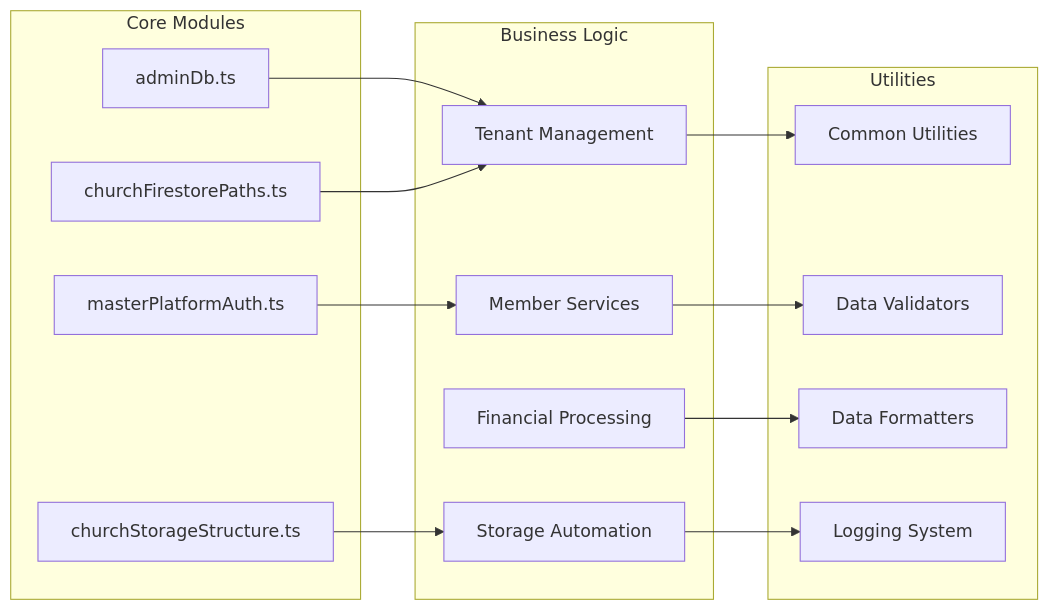
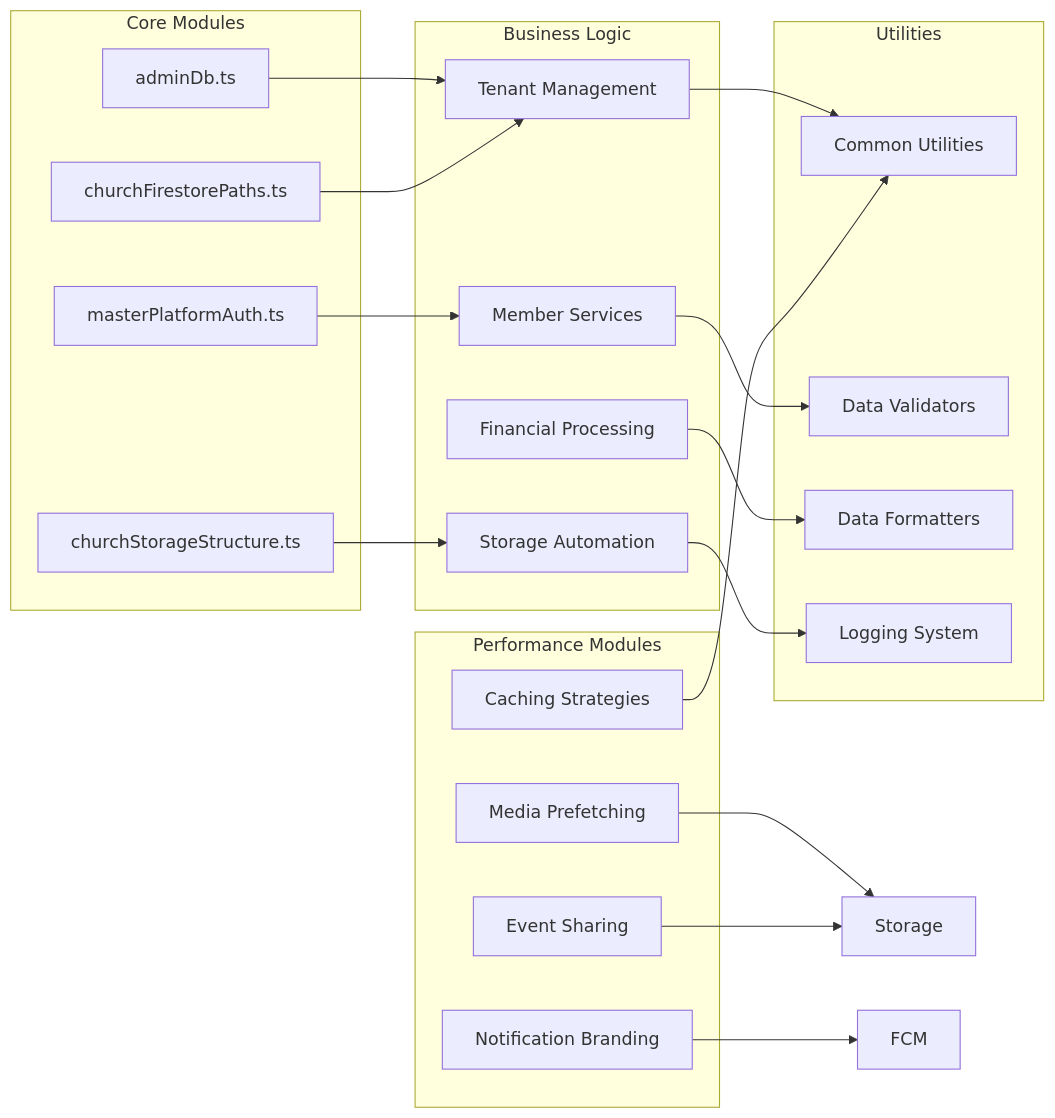
Diagram 14 of 14 in .qoder/repowiki/en/content/Cloud Functions & Backend Services/Cloud Functions & Backend Services.md (raihom-netizen/com.gestaoyahwehios.app), drawn with Mermaid before and after one commit. The commit also changed other lines of this file and 504 other files, not shown here.

````diff
--- a/.qoder/repowiki/en/content/Cloud Functions & Backend Services/Cloud Functions & Backend Services.md
+++ b/.qoder/repowiki/en/content/Cloud Functions & Backend Services/Cloud Functions & Backend Services.md
@@ -367,29 +595,39 @@
 ```mermaid
 graph LR
 subgraph "Core Modules"
 AdminDb["adminDb.ts"]
 ChurchPaths["churchFirestorePaths.ts"]
 ChurchStorage["churchStorageStructure.ts"]
 MasterAuth["masterPlatformAuth.ts"]
 end
 subgraph "Business Logic"
 TenantMgmt["Tenant Management"]
 MemberServices["Member Services"]
 FinanceProc["Financial Processing"]
 StorageAuto["Storage Automation"]
+end
+subgraph "Performance Modules"
+CacheOpt["Caching Strategies"]
+MediaPrefetch["Media Prefetching"]
+NotificationBrand["Notification Branding"]
+EventShare["Event Sharing"]
 end
 subgraph "Utilities"
 Utils["Common Utilities"]
 Validators["Data Validators"]
 Formatters["Data Formatters"]
 Logger["Logging System"]
 end
 AdminDb --> TenantMgmt
 ChurchPaths --> TenantMgmt
 ChurchStorage --> StorageAuto
 MasterAuth --> MemberServices
 TenantMgmt --> Utils
 MemberServices --> Validators
 FinanceProc --> Formatters
 StorageAuto --> Logger
+CacheOpt --> Utils
+MediaPrefetch --> Storage
+NotificationBrand --> FCM
+EventShare --> Storage
 ```
````
